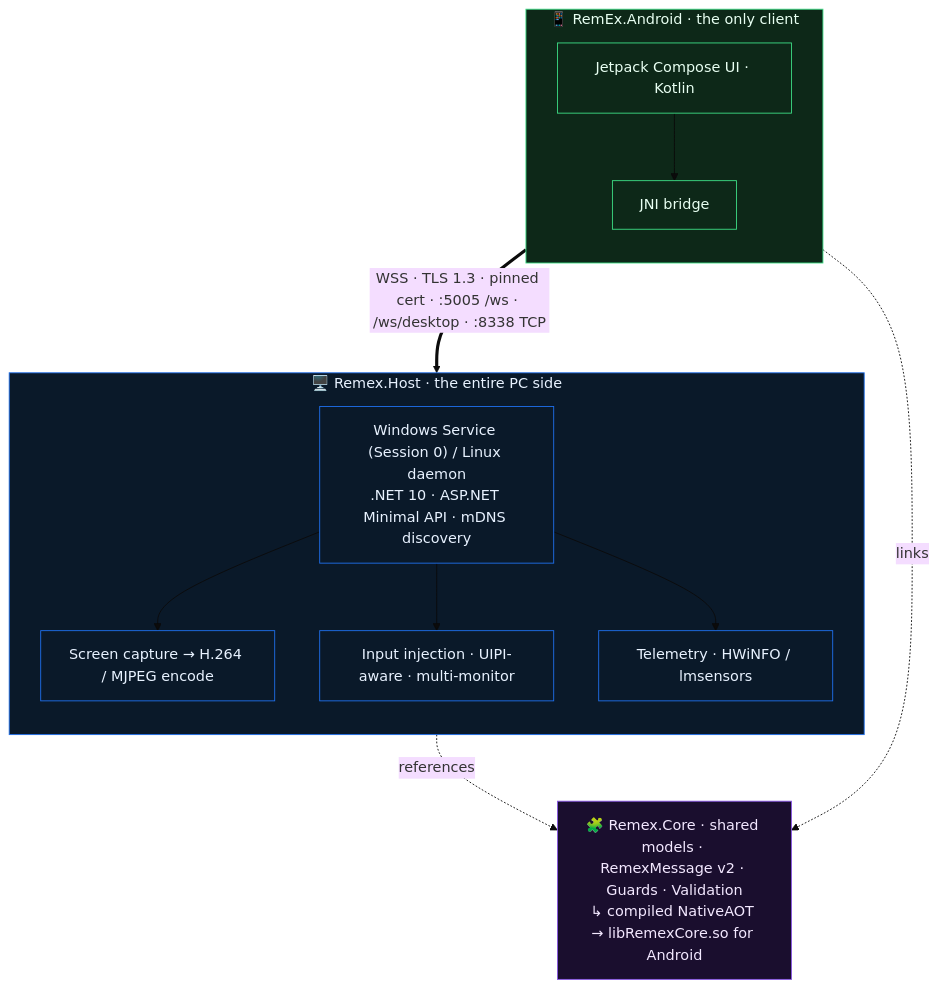
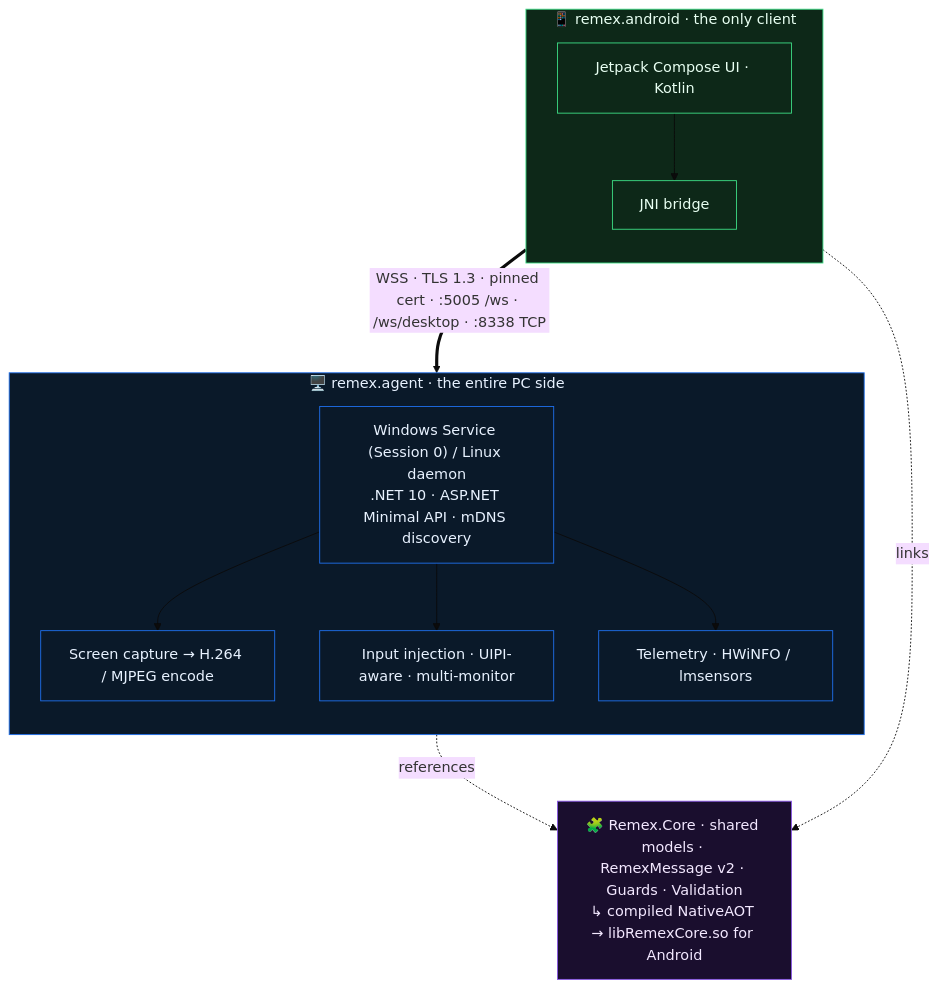
One commit to clindsay94/RemEx changed the diagram in README.md. Above: the diagram before and after it, drawn with Mermaid (base theme). The commit also changed other lines of this file and 888 other files, not shown here.

````diff
--- a/README.md
+++ b/README.md
@@ -119,31 +119,31 @@
 ```mermaid
 flowchart TB
-    subgraph PHONE["📱 RemEx.Android · the only client"]
+    subgraph PHONE["📱 remex.android · the only client"]
         direction TB
         UI["Jetpack Compose UI · Kotlin"]
         JNI["JNI bridge"]
         UI --> JNI
     end
 
-    subgraph PC["🖥️ Remex.Host · the entire PC side"]
+    subgraph PC["🖥️ remex.agent · the entire PC side"]
         direction TB
         SVC["Windows Service (Session 0) / Linux daemon<br/>.NET 10 · ASP.NET Minimal API · mDNS discovery"]
         CAP["Screen capture → H.264 / MJPEG encode"]
         INP["Input injection · UIPI-aware · multi-monitor"]
         TEL["Telemetry · HWiNFO / lmsensors"]
         SVC --> CAP & INP & TEL
     end
 
     CORE["🧩 Remex.Core · shared models · RemexMessage v2 · Guards · Validation<br/>↳ compiled NativeAOT → libRemexCore.so for Android"]
 
     JNI -. links .-> CORE
     SVC -. references .-> CORE
     PHONE ==>|"WSS · TLS 1.3 · pinned cert · :5005 /ws · /ws/desktop · :8338 TCP"| PC
 
     classDef phone fill:#0d2818,stroke:#3DDC84,color:#e8fff2;
     classDef pc fill:#0a1929,stroke:#1f6feb,color:#e8f2ff;
     classDef core fill:#1a0e2e,stroke:#8957e5,color:#f3e8ff;
     class PHONE,UI,JNI phone;
     class PC,SVC,CAP,INP,TEL pc;
     class CORE core;
 ```
````
